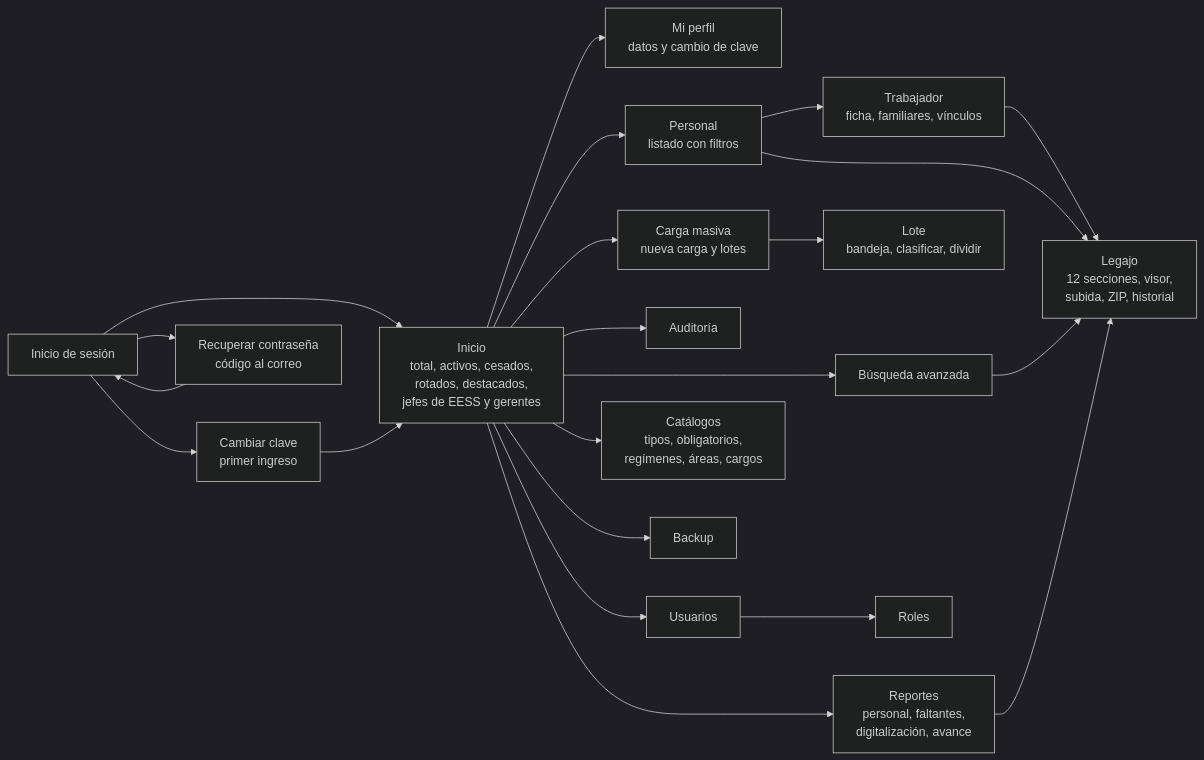
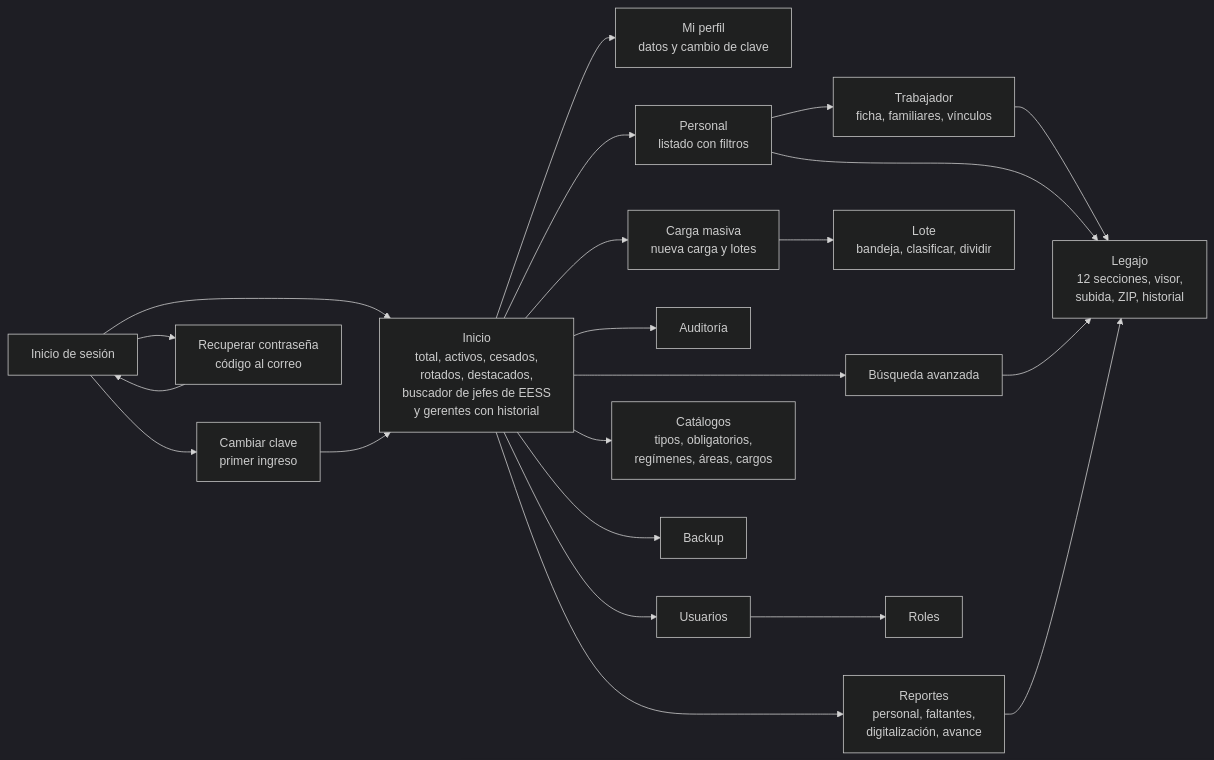
Diagram 22 of 22 in README.md (Jose27luis/legajo), drawn with Mermaid (dark theme) before and after one commit. The commit also changed other lines of this file, not shown here.

Commit message:
docs: buscador de jefes de EESS y gerentes de microred y una sola jefatura por sede a la vez

````diff
--- a/README.md
+++ b/README.md
@@ -1331,24 +1337,24 @@
 ```mermaid
 flowchart LR
     LOGIN["Inicio de sesión"] --> CC["Cambiar clave<br/>primer ingreso"]
     LOGIN --> REC["Recuperar contraseña<br/>código al correo"]
     REC --> LOGIN
-    LOGIN --> INI["Inicio<br/>total, activos, cesados,<br/>rotados, destacados,<br/>jefes de EESS y gerentes"]
+    LOGIN --> INI["Inicio<br/>total, activos, cesados,<br/>rotados, destacados,<br/>buscador de jefes de EESS<br/>y gerentes con historial"]
     INI --> PRF["Mi perfil<br/>datos y cambio de clave"]
     CC --> INI
     INI --> PER["Personal<br/>listado con filtros"]
     PER --> TRA["Trabajador<br/>ficha, familiares, vínculos"]
     TRA --> LEG["Legajo<br/>12 secciones, visor,<br/>subida, ZIP, historial"]
     PER --> LEG
     INI --> BUS["Búsqueda avanzada"]
     BUS --> LEG
     INI --> CM["Carga masiva<br/>nueva carga y lotes"]
     CM --> LOT["Lote<br/>bandeja, clasificar, dividir"]
     INI --> REP["Reportes<br/>personal, faltantes,<br/>digitalización, avance"]
     REP --> LEG
     INI --> AUD["Auditoría"]
     INI --> USU["Usuarios"]
     USU --> ROL["Roles"]
     INI --> CAT["Catálogos<br/>tipos, obligatorios,<br/>regímenes, áreas, cargos"]
     INI --> BAK["Backup"]
 ```
````
